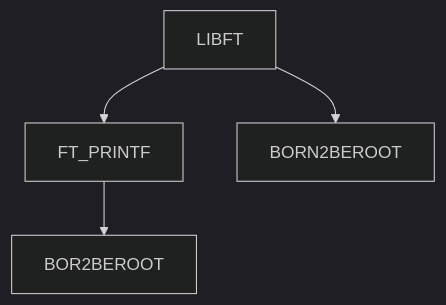
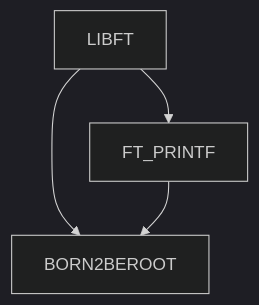
Before and after one commit to yassinebhk/42cursus: the second of 2 diagrams in README.md, drawn with Mermaid (dark theme).

````diff
--- a/README.md
+++ b/README.md
@@ -11,6 +11,6 @@
 ```mermaid
 graph TD;
     LIBFT --> FT_PRINTF;
     LIBFT --> BORN2BEROOT
-    FT_PRINTF --> BOR2BEROOT
+    FT_PRINTF --> BORN2BEROOT
 ```
````
